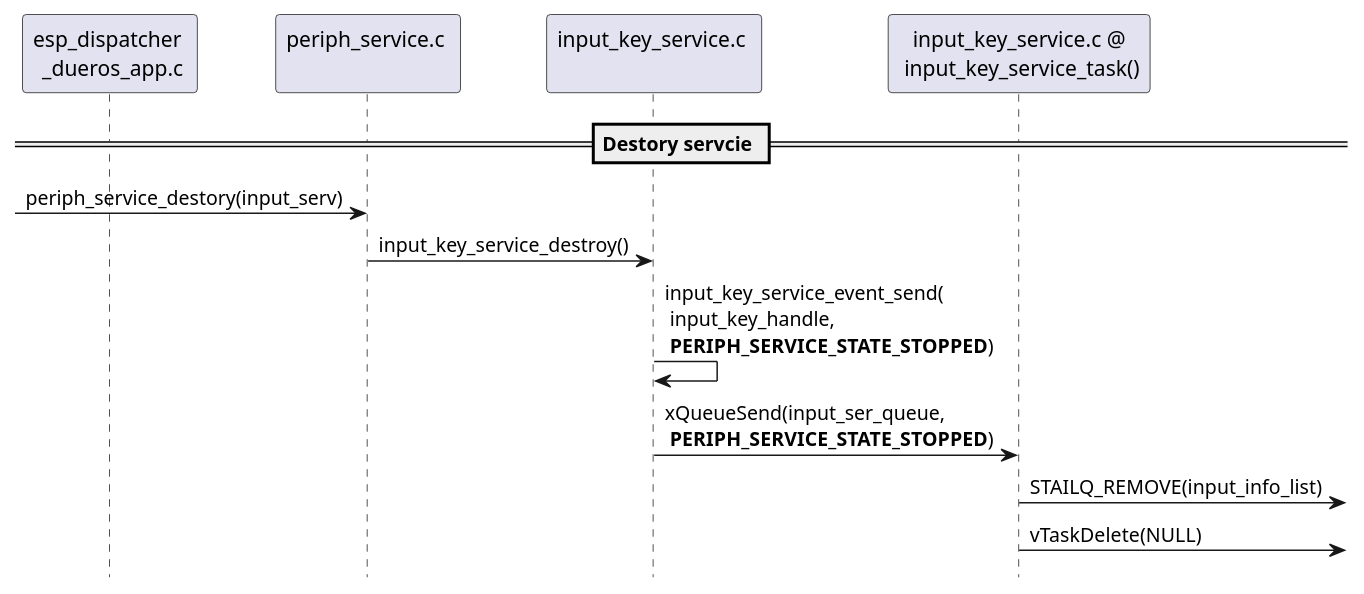
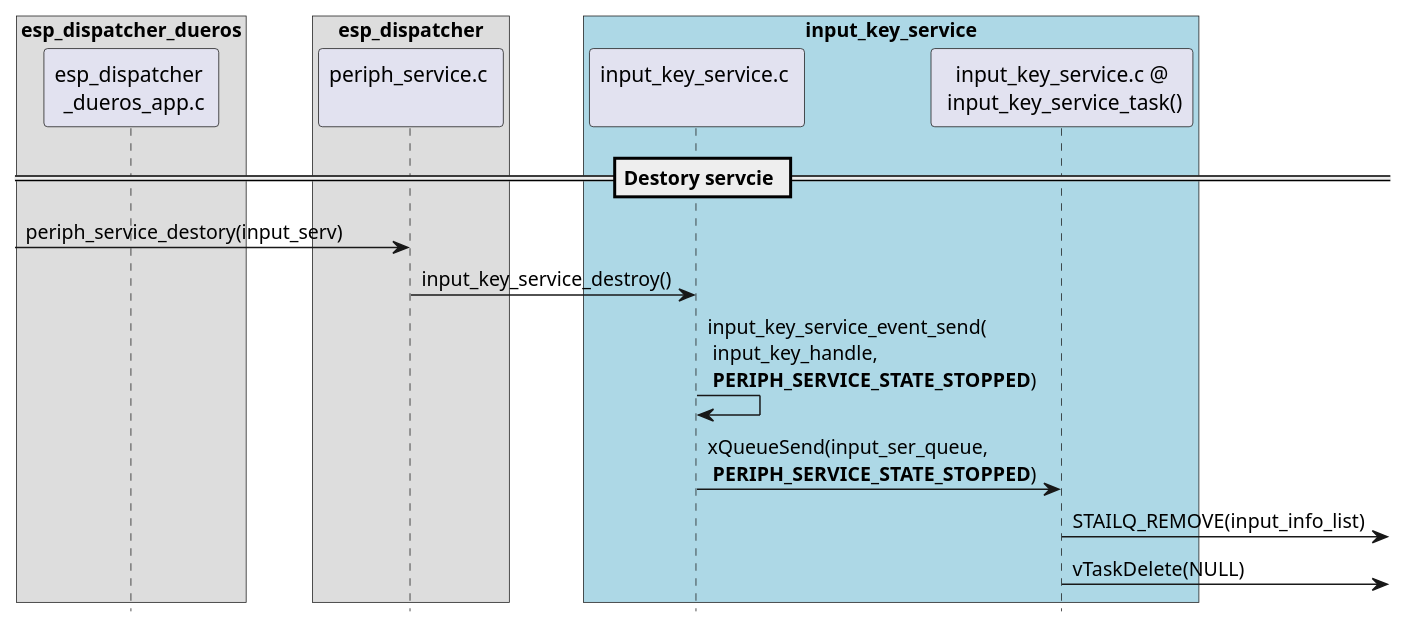
The ninth of 9 diagrams in docs/inside-dispatcher/input_key_service.rst (liangzhu2008/learn-esp-adf), drawn with PlantUML before and after one commit. The commit also changed other lines of this file and 14 other files, not shown here.

Commit message:
用 plantweb 替换 plantuml.jar & graphviz

```diff
--- a/docs/inside-dispatcher/input_key_service.rst
+++ b/docs/inside-dispatcher/input_key_service.rst
@@ -215,17 +279,25 @@
 .. uml::
 
     hide footbox
 
-    participant "esp_dispatcher \n _dueros_app.c" as adf_app order 10
-    participant "periph_service.c \n" as periph_service order 20
-    participant "input_key_service.c \n" as spec_service order 50
-    participant "input_key_service.c @\n input_key_service_task()" as inner_task order 60
+    box "esp_dispatcher_dueros"
+    participant "esp_dispatcher \n _dueros_app.c" as example order 10
+    end box
+
+    box "esp_dispatcher" 
+    participant "periph_service.c \n"               as periph_service order 20
+    end box
+
+    box "input_key_service" #LightBlue
+    participant "input_key_service.c \n"                as input_service order 50
+    participant "input_key_service.c @\n input_key_service_task()" as input_task order 60
+    end box
 
     == Destory servcie ==
                   [-> periph_service : periph_service_destory(input_serv)
-    periph_service -> spec_service   : input_key_service_destroy()
-    spec_service   -> spec_service   : input_key_service_event_send( \n input_key_handle,  \n **PERIPH_SERVICE_STATE_STOPPED**)
-    spec_service   -> inner_task     : xQueueSend(input_ser_queue,  \n **PERIPH_SERVICE_STATE_STOPPED**)
-    inner_task     ->]               : STAILQ_REMOVE(input_info_list)
-    inner_task     ->]               : vTaskDelete(NULL)
-    deactivate inner_task 
+    periph_service -> input_service   : input_key_service_destroy()
+    input_service   -> input_service   : input_key_service_event_send( \n input_key_handle,  \n **PERIPH_SERVICE_STATE_STOPPED**)
+    input_service   -> input_task     : xQueueSend(input_ser_queue,  \n **PERIPH_SERVICE_STATE_STOPPED**)
+    input_task     ->]               : STAILQ_REMOVE(input_info_list)
+    input_task     ->]               : vTaskDelete(NULL)
+    deactivate input_task 
```
